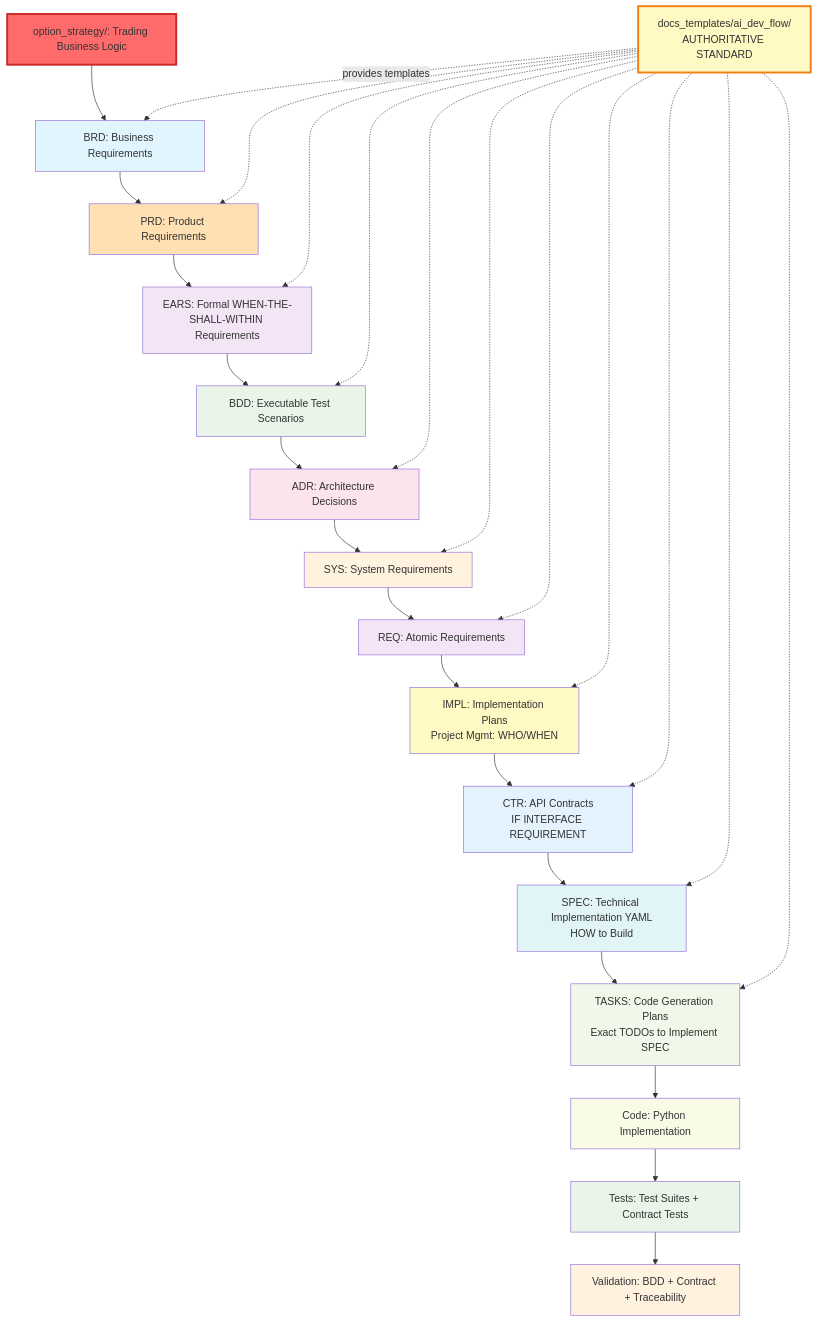
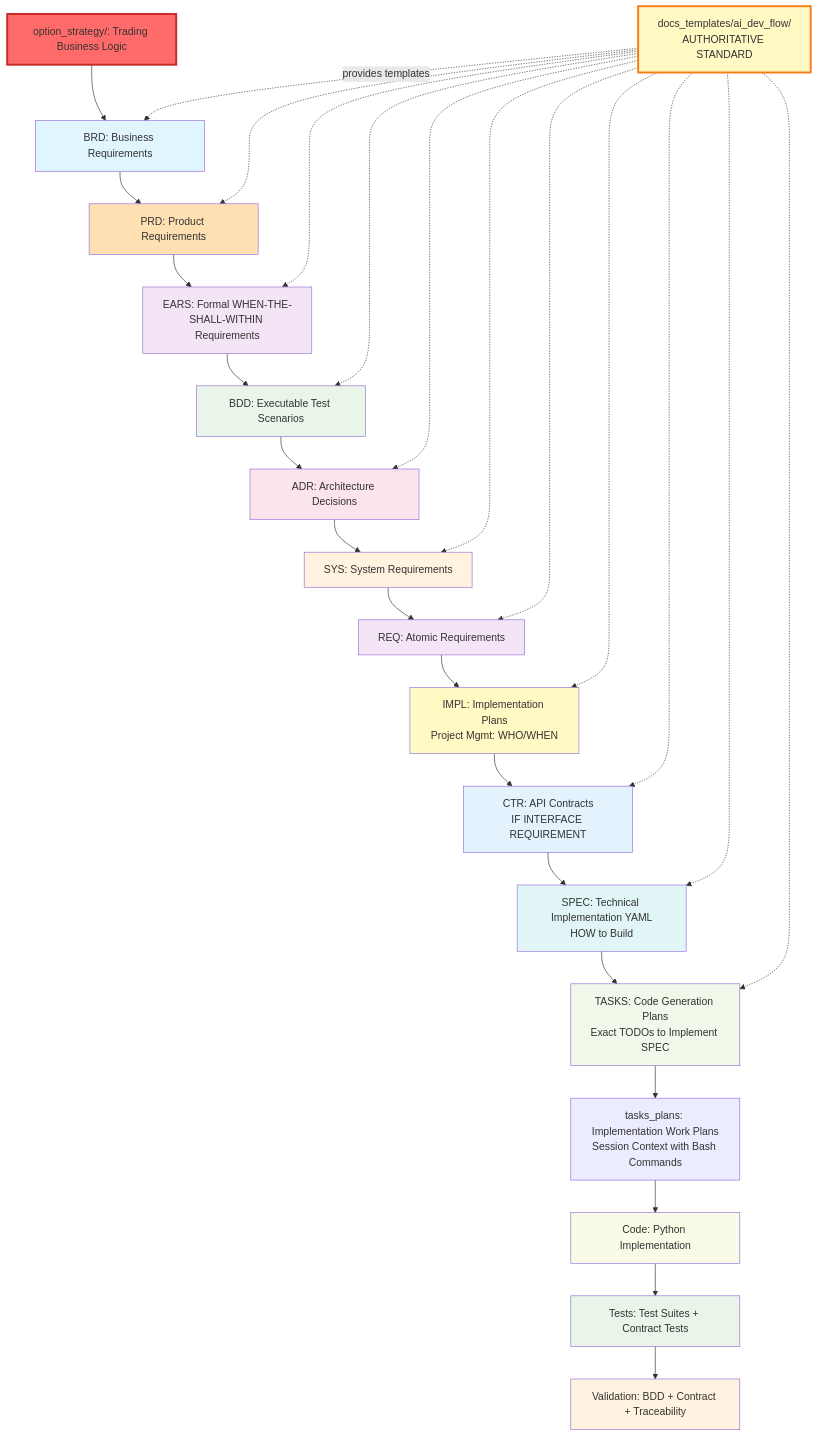
The diagram in .claude/skills/doc-flow/SKILL.md (vladm3105/aidoc-flow-framework), drawn with Mermaid before and after one commit. The commit also changed other lines of this file and 7 other files, not shown here.

First line of the commit message:
feat: add tasks_plans artifact type (Layer 12)

````diff
--- a/.claude/skills/doc-flow/SKILL.md
+++ b/.claude/skills/doc-flow/SKILL.md
@@ -153,45 +155,46 @@
 ```mermaid
 flowchart TD
     Strategy[option_strategy/: Trading Business Logic] --> BRD[BRD: Business Requirements]
     BRD --> PRD[PRD: Product Requirements]
     PRD --> EARS[EARS: Formal WHEN-THE-SHALL-WITHIN Requirements]
     EARS --> BDD[BDD: Executable Test Scenarios]
     BDD --> ADR[ADR: Architecture Decisions]
     ADR --> SYS[SYS: System Requirements]
     SYS --> REQ[REQ: Atomic Requirements]
     REQ --> IMPL[IMPL: Implementation Plans<br/>Project Mgmt: WHO/WHEN]
     IMPL --> CTR[CTR: API Contracts<br/>IF INTERFACE REQUIREMENT]
     CTR --> SPEC[SPEC: Technical Implementation YAML<br/>HOW to Build]
     SPEC --> TASKS[TASKS: Code Generation Plans<br/>Exact TODOs to Implement SPEC]
-    TASKS --> Code[Code: Python Implementation]
+    TASKS --> TP[tasks_plans: Implementation Work Plans<br/>Session Context with Bash Commands]
+    TP --> Code[Code: Python Implementation]
     Code --> Tests[Tests: Test Suites + Contract Tests]
     Tests --> Validation[Validation: BDD + Contract + Traceability]
     Templates[docs_templates/ai_dev_flow/<br/>AUTHORITATIVE STANDARD] -.->|provides templates| BRD
     Templates -.-> PRD
     Templates -.-> EARS
     Templates -.-> BDD
     Templates -.-> ADR
     Templates -.-> SYS
     Templates -.-> REQ
     Templates -.-> IMPL
     Templates -.-> CTR
     Templates -.-> SPEC
     Templates -.-> TASKS
 
     style Strategy fill:#ff6b6b,stroke:#c92a2a,stroke-width:3px
     style BRD fill:#e1f5fe
     style PRD fill:#ffe0b2
     style EARS fill:#f3e5f5
     style BDD fill:#e8f5e8
     style ADR fill:#fce4ec
     style SYS fill:#fff3e0
     style REQ fill:#f3e5f5
     style IMPL fill:#fff9c4
     style CTR fill:#e3f2fd
     style SPEC fill:#e1f5f7
     style TASKS fill:#f1f8e9
     style Code fill:#f9fbe7
     style Tests fill:#e8f5e8
     style Validation fill:#fff3e0
     style Templates fill:#fff9c4,stroke:#f57f17,stroke-width:3px
 ```
````
